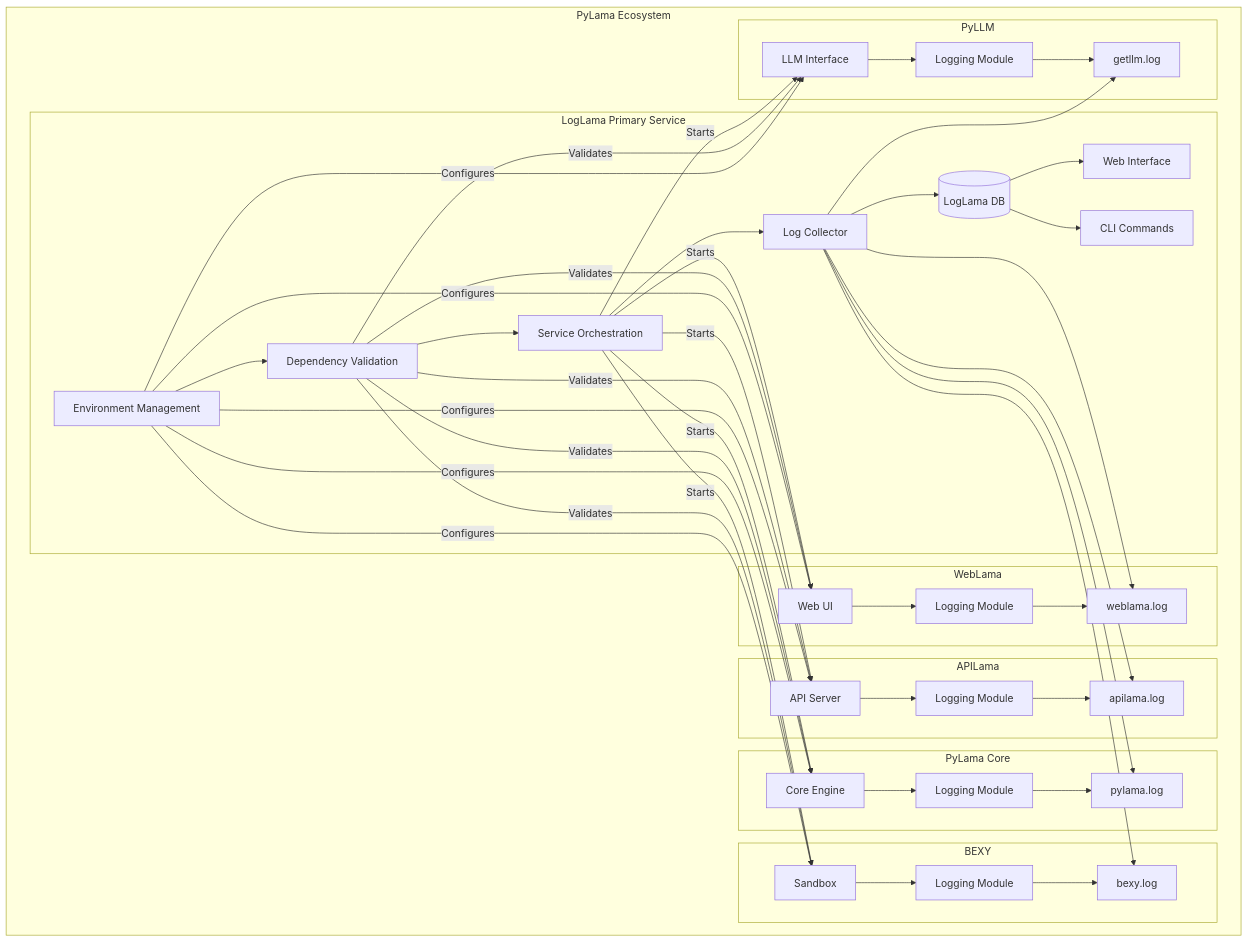
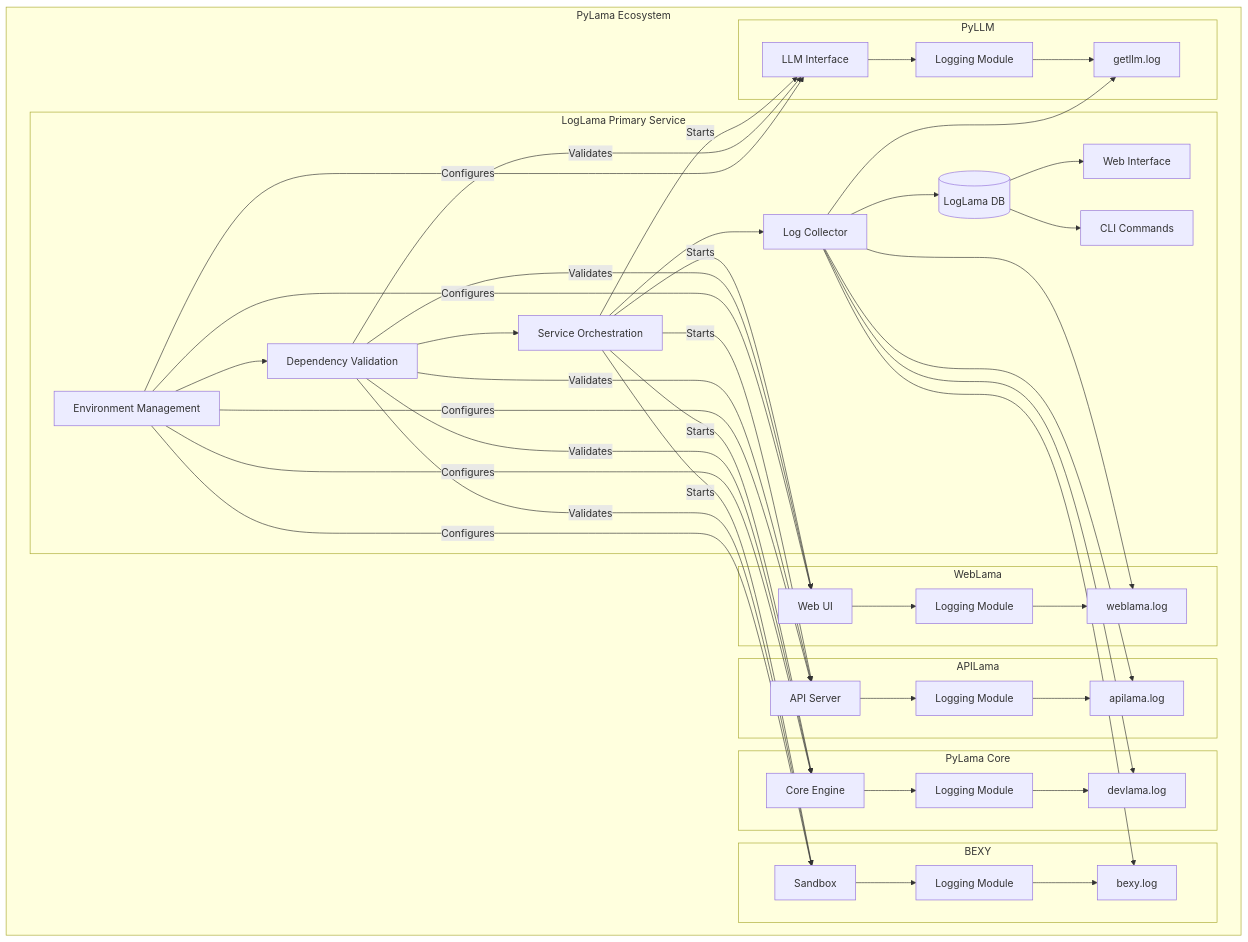
One commit to py-lama/loglama changed the diagram in COMPONENT_INTEGRATION.md. Above: the diagram before and after it, drawn with Mermaid. The commit also changed 22 other files, not shown here.

````diff
--- a/COMPONENT_INTEGRATION.md
+++ b/COMPONENT_INTEGRATION.md
@@ -11,66 +11,66 @@
 ```mermaid
 graph TB
     subgraph "PyLama Ecosystem"
         subgraph "LogLama Primary Service"
             LL_ENV[Environment Management] --> LL_DEP[Dependency Validation]
             LL_DEP --> LL_ORCH[Service Orchestration]
             LL_ORCH --> LL_COLL[Log Collector]
             LL_COLL --> LL_DB[(LogLama DB)]
             LL_DB --> LL_WEB[Web Interface]
             LL_DB --> LL_CLI[CLI Commands]
         end
         
         subgraph "WebLama"
             WL[Web UI] --> WL_LOG[Logging Module]
             WL_LOG --> WL_FILE[weblama.log]
         end
         
         subgraph "APILama"
             API[API Server] --> API_LOG[Logging Module]
             API_LOG --> API_FILE[apilama.log]
         end
         
         subgraph "PyLama Core"
             PL[Core Engine] --> PL_LOG[Logging Module]
-            PL_LOG --> PL_FILE[pylama.log]
+            PL_LOG --> PL_FILE[devlama.log]
         end
         
         subgraph "BEXY"
             PB[Sandbox] --> PB_LOG[Logging Module]
             PB_LOG --> PB_FILE[bexy.log]
         end
         
         subgraph "PyLLM"
             PLLM[LLM Interface] --> PLLM_LOG[Logging Module]
             PLLM_LOG --> PLLM_FILE[getllm.log]
         end
         
         %% Environment Management
         LL_ENV -->|Configures| WL
         LL_ENV -->|Configures| API
         LL_ENV -->|Configures| PL
         LL_ENV -->|Configures| PB
         LL_ENV -->|Configures| PLLM
         
         %% Dependency Validation
         LL_DEP -->|Validates| WL
         LL_DEP -->|Validates| API
         LL_DEP -->|Validates| PL
         LL_DEP -->|Validates| PB
         LL_DEP -->|Validates| PLLM
         
         %% Service Orchestration
         LL_ORCH -->|Starts| WL
         LL_ORCH -->|Starts| API
         LL_ORCH -->|Starts| PL
         LL_ORCH -->|Starts| PB
         LL_ORCH -->|Starts| PLLM
         
         %% Log Collection
         LL_COLL --> WL_FILE
         LL_COLL --> API_FILE
         LL_COLL --> PL_FILE
         LL_COLL --> PB_FILE
         LL_COLL --> PLLM_FILE
     end
 ```
````
